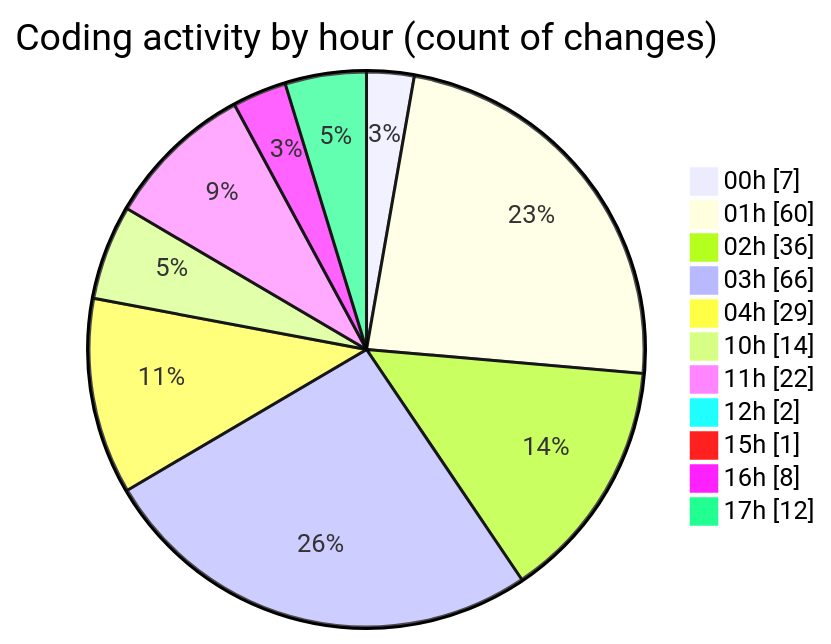
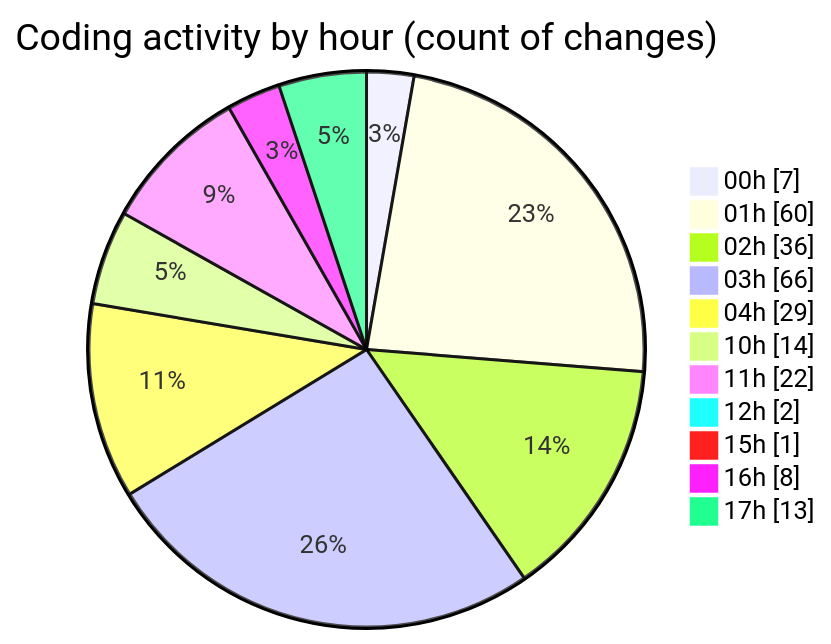
One commit to julien-gomy/code-tracking changed the second of 2 diagrams in 2025-10-07/eventscop-frontend-guide__workspace_/README.md. Above: the diagram before and after it, drawn with Mermaid. The commit also changed other lines of this file and 1 other file, not shown here.

````diff
--- a/2025-10-07/eventscop-frontend-guide__workspace_/README.md
+++ b/2025-10-07/eventscop-frontend-guide__workspace_/README.md
@@ -107,15 +107,15 @@
 ```mermaid
 pie showData
 title Coding activity by hour (count of changes)
 "00h" : 7
 "01h" : 60
 "02h" : 36
 "03h" : 66
 "04h" : 29
 "10h" : 14
 "11h" : 22
 "12h" : 2
 "15h" : 1
 "16h" : 8
-"17h" : 12
+"17h" : 13
 ```
````
